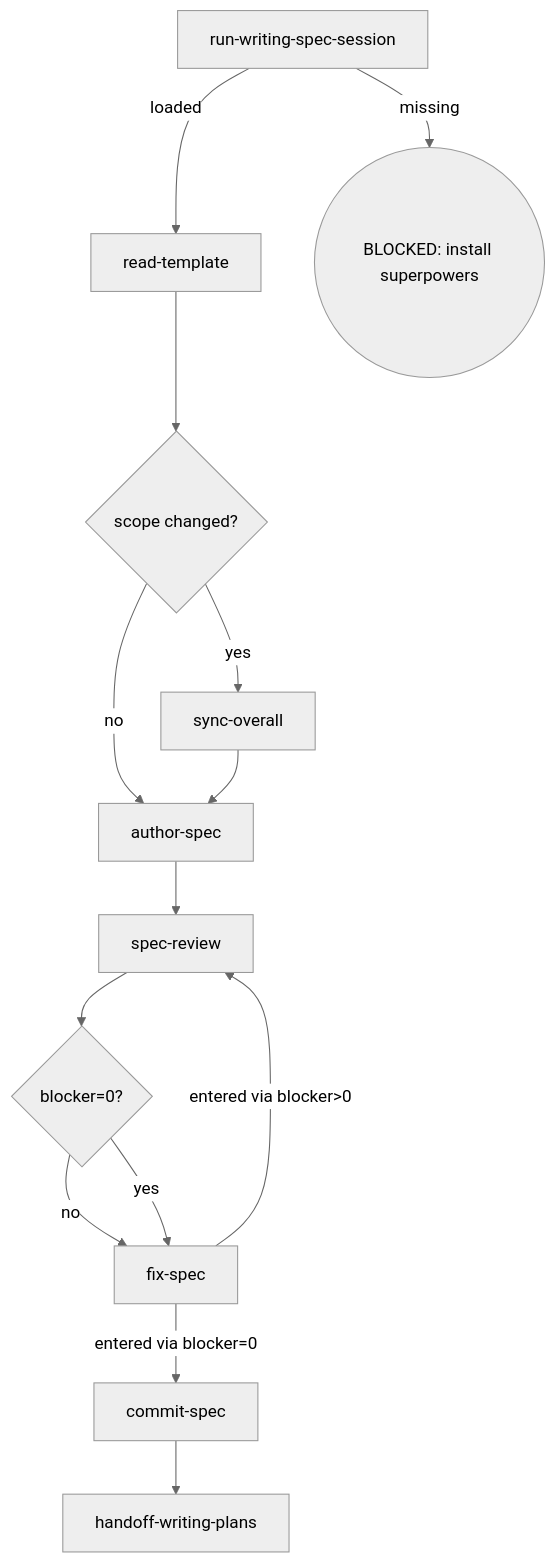
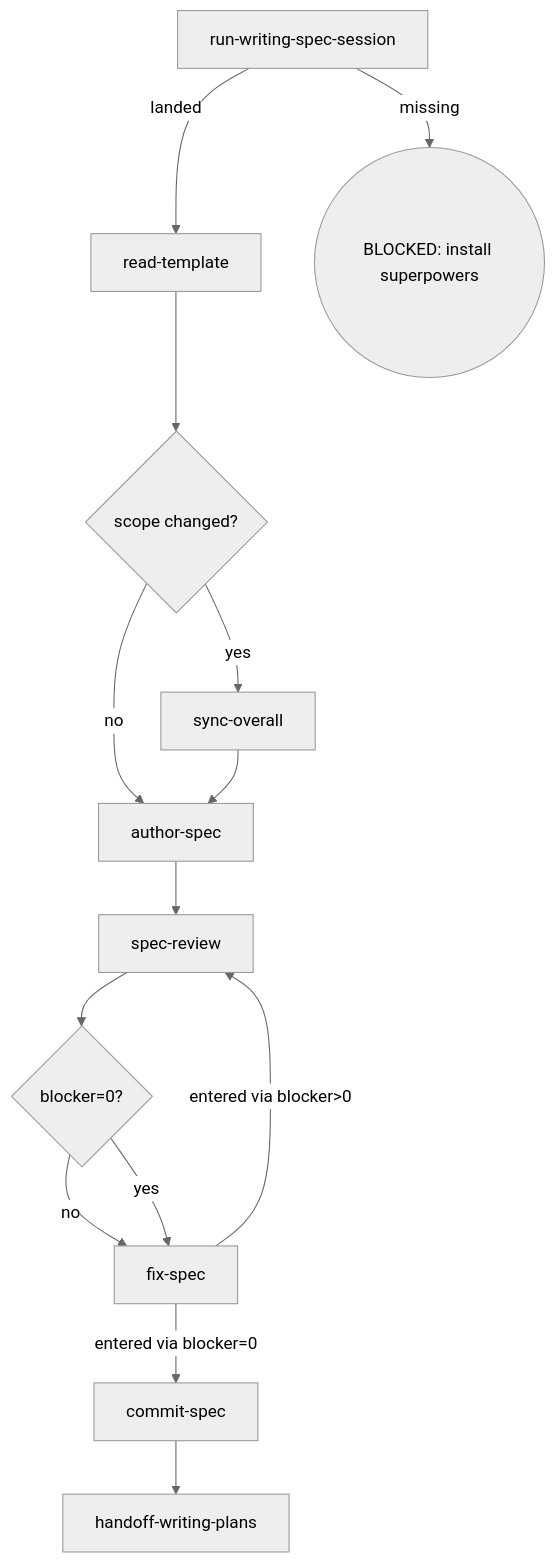
Before and after one commit to Oscaner/skills: the diagram in packages/osuperpowers/skills/writing-phase-spec/SKILL.md, drawn with Mermaid (neutral theme). The commit also changed 5 other files, not shown here.

````diff
--- a/packages/osuperpowers/skills/writing-phase-spec/SKILL.md
+++ b/packages/osuperpowers/skills/writing-phase-spec/SKILL.md
@@ -12,16 +12,16 @@
 ```mermaid
 flowchart TD
-  A[run-writing-spec-session] -->|loaded| B[read-template]
+  A[run-writing-spec-session] -->|landed| B[read-template]
   A -->|missing| Z1((BLOCKED: install superpowers))
   B --> B2{scope changed?}
   B2 -->|yes| G[sync-overall]
   B2 -->|no| C[author-spec]
   G --> C[author-spec]
   C --> D[spec-review]
   D --> E{blocker=0?}
   E -->|no| F[fix-spec]
   E -->|yes| F
   F -->|entered via blocker>0| D
   F -->|entered via blocker=0| H[commit-spec]
   H --> I[handoff-writing-plans]
 ```
````
